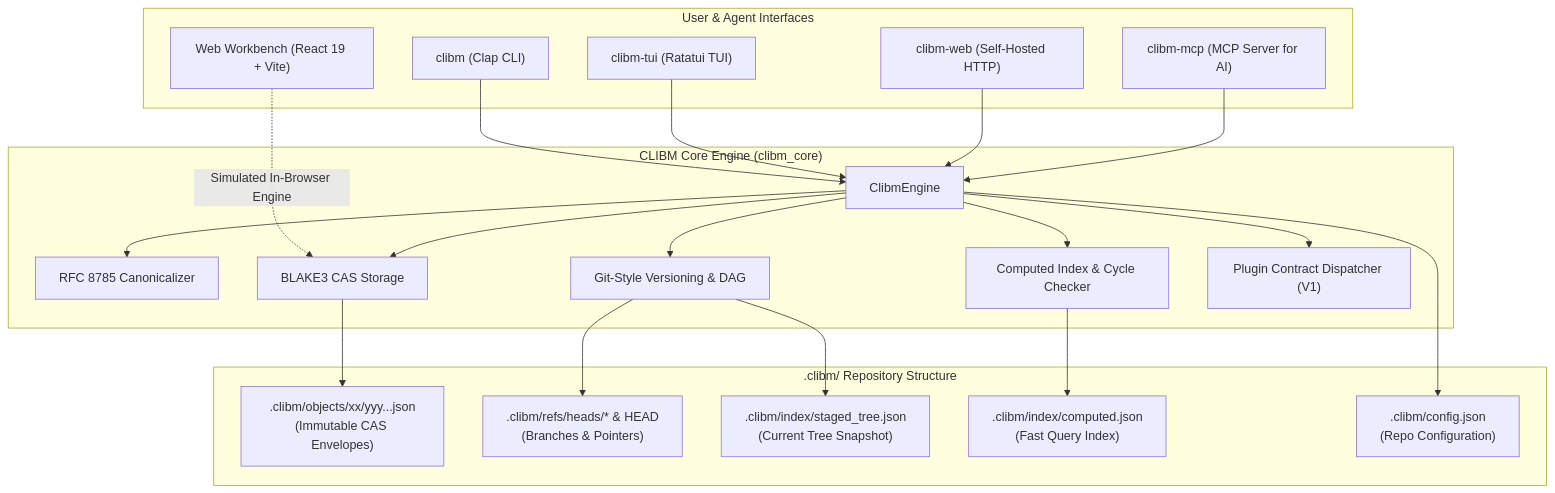
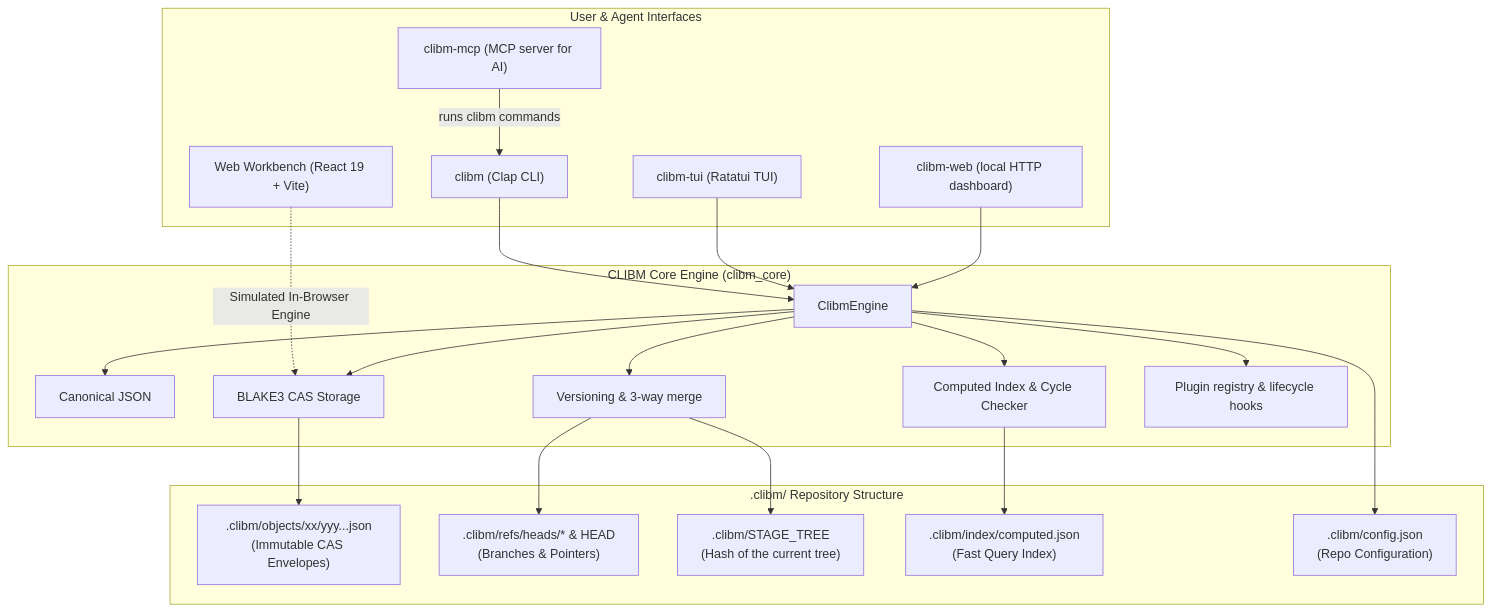
The diagram in README.md (FelipeVandevelde/CLIBM), drawn with Mermaid before and after one commit. The commit also changed other lines of this file and 22 other files, not shown here.

````diff
--- a/README.md
+++ b/README.md
@@ -80,45 +83,45 @@
 ```mermaid
 flowchart TD
     subgraph Interfaces["User & Agent Interfaces"]
         CLI["clibm (Clap CLI)"]
         TUI["clibm-tui (Ratatui TUI)"]
-        WEB["clibm-web (Self-Hosted HTTP)"]
-        MCP["clibm-mcp (MCP Server for AI)"]
+        WEB["clibm-web (local HTTP dashboard)"]
+        MCP["clibm-mcp (MCP server for AI)"]
         BROWSER["Web Workbench (React 19 + Vite)"]
     end
 
     subgraph CoreEngine["CLIBM Core Engine (clibm_core)"]
         ENGINE["ClibmEngine"]
-        CANONICAL["RFC 8785 Canonicalizer"]
+        CANONICAL["Canonical JSON"]
         CAS["BLAKE3 CAS Storage"]
-        VERSIONING["Git-Style Versioning & DAG"]
+        VERSIONING["Versioning & 3-way merge"]
         INDEX["Computed Index & Cycle Checker"]
-        PLUGIN_MGR["Plugin Contract Dispatcher (V1)"]
+        PLUGIN_MGR["Plugin registry & lifecycle hooks"]
     end
 
     subgraph Storage[".clibm/ Repository Structure"]
         OBJECTS[".clibm/objects/xx/yyy...json\n(Immutable CAS Envelopes)"]
         REFS[".clibm/refs/heads/* & HEAD\n(Branches & Pointers)"]
-        TREE[".clibm/index/staged_tree.json\n(Current Tree Snapshot)"]
+        TREE[".clibm/STAGE_TREE\n(Hash of the current tree)"]
         COMPUTED[".clibm/index/computed.json\n(Fast Query Index)"]
         CONFIG[".clibm/config.json\n(Repo Configuration)"]
     end
 
     CLI --> ENGINE
     TUI --> ENGINE
     WEB --> ENGINE
-    MCP --> ENGINE
+    MCP -->|runs clibm commands| CLI
     BROWSER -.->|Simulated In-Browser Engine| CAS
 
     ENGINE --> CANONICAL
     ENGINE --> CAS
     ENGINE --> VERSIONING
     ENGINE --> INDEX
     ENGINE --> PLUGIN_MGR
 
     CAS --> OBJECTS
     VERSIONING --> REFS
     VERSIONING --> TREE
     INDEX --> COMPUTED
     ENGINE --> CONFIG
 ```
````
